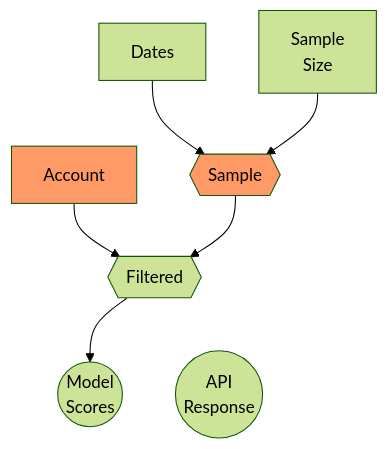
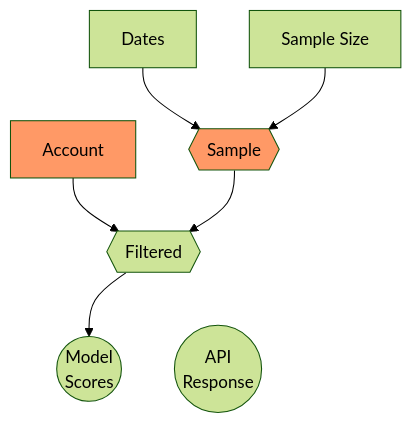
Before and after one commit to gshotwell/shiny-algorithm: diagram 14 of 16 in _reactive-calc.qmd, drawn with Mermaid (forest theme). The commit also changed other lines of this file, not shown here.

````diff
--- a/_reactive-calc.qmd
+++ b/_reactive-calc.qmd
@@ -199,13 +199,13 @@
 ```{mermaid}
 %%| fig-width: 4
 flowchart TD
   D[Dates] --> Sa{{Sample}}:::changed
-  S[Sample\nSize] --> Sa
+  S[Sample Size] --> Sa
   A[Account]:::changed  --> F
   Sa --> F{{Filtered}}
   F --> P2((Model\nScores))
   F --> P1((API\nResponse))
   
   classDef changed fill:#f96
   linkStyle 5 display:none
 ```
````
